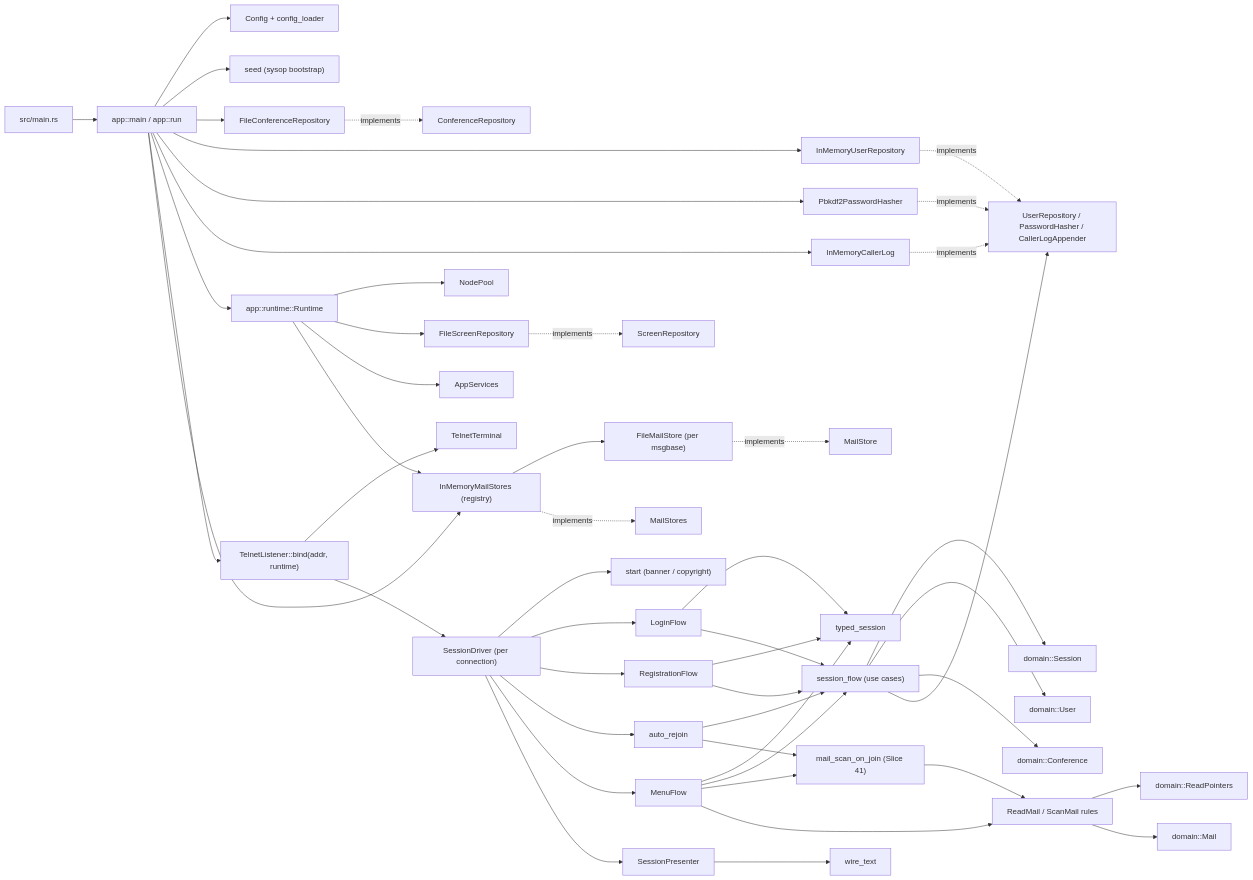
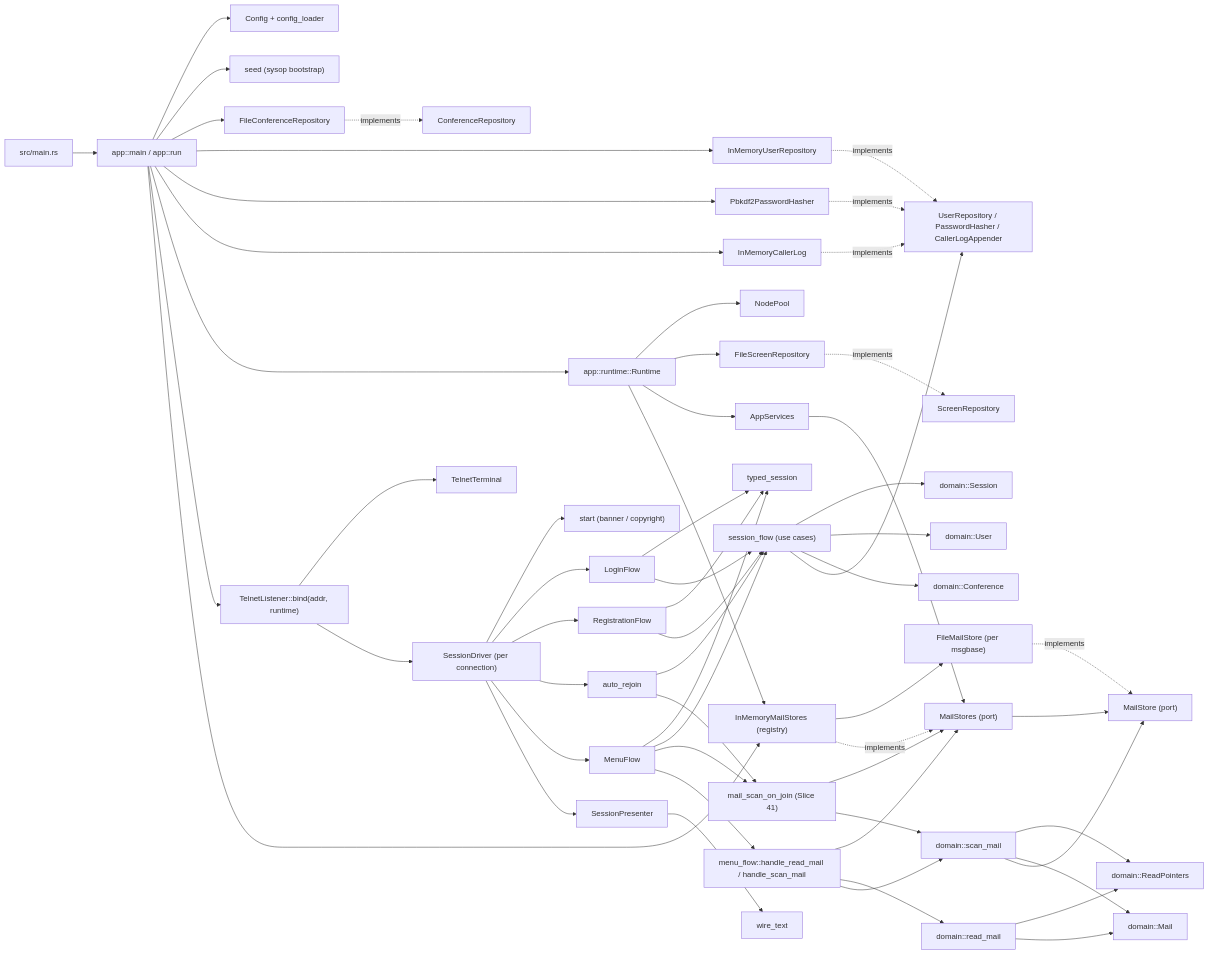
The diagram in SYSTEM.md (pingles/nextexpress), drawn with Mermaid before and after one commit. The commit also changed other lines of this file, not shown here.

First line of the commit message:
SYSTEM.md: show MailStores port in the read/scan flow

````diff
--- a/SYSTEM.md
+++ b/SYSTEM.md
@@ -27,61 +27,70 @@
 ```mermaid
 flowchart LR
     Main["src/main.rs"] --> AppRun["app::main / app::run"]
 
     AppRun --> Config["Config + config_loader"]
     AppRun --> Seed["seed (sysop bootstrap)"]
     AppRun --> ConfRepo["FileConferenceRepository"]
     AppRun --> UserRepo["InMemoryUserRepository"]
     AppRun --> Hasher["Pbkdf2PasswordHasher"]
     AppRun --> CallerLog["InMemoryCallerLog"]
     AppRun --> Runtime["app::runtime::Runtime"]
 
     Runtime --> NodePool["NodePool"]
     Runtime --> Screens["FileScreenRepository"]
     Runtime --> Services["AppServices"]
 
     AppRun --> Telnet["TelnetListener::bind(addr, runtime)"]
     Telnet --> Terminal["TelnetTerminal"]
     Telnet --> Driver["SessionDriver (per connection)"]
 
     Driver --> Start["start (banner / copyright)"]
     Driver --> Login["LoginFlow"]
     Driver --> Registration["RegistrationFlow"]
     Driver --> AutoRejoin["auto_rejoin"]
     Driver --> Menu["MenuFlow"]
     Driver --> Presenter["SessionPresenter"]
 
     Login --> Typed["typed_session"]
     Registration --> Typed
     Menu --> Typed
     Login --> Flow["session_flow (use cases)"]
     Registration --> Flow
     Menu --> Flow
     AutoRejoin --> Flow
     Presenter --> WireText["wire_text"]
 
     AppRun --> MailRegistry["InMemoryMailStores (registry)"]
-    MailRegistry --> MailStore["FileMailStore (per msgbase)"]
+    MailRegistry --> FileMailStore["FileMailStore (per msgbase)"]
     Runtime --> MailRegistry
+    Services --> MailStoresPort["MailStores (port)"]
+    MailStoresPort --> MailPort["MailStore (port)"]
 
     AutoRejoin --> ScanOnJoin["mail_scan_on_join (Slice 41)"]
     Menu --> ScanOnJoin
-    Menu --> ReadFlow["ReadMail / ScanMail rules"]
-    ScanOnJoin --> ReadFlow
+    Menu --> ReadHandler["menu_flow::handle_read_mail / handle_scan_mail"]
+    ReadHandler --> MailStoresPort
+    ScanOnJoin --> MailStoresPort
+    ReadHandler --> ReadMailRule["domain::read_mail"]
+    ReadHandler --> ScanMailRule["domain::scan_mail"]
+    ScanOnJoin --> ScanMailRule
 
     Flow --> DomainSession["domain::Session"]
     Flow --> DomainUser["domain::User"]
     Flow --> DomainConference["domain::Conference"]
     Flow --> Ports["UserRepository / PasswordHasher / CallerLogAppender"]
-    ReadFlow --> Pointers["domain::ReadPointers"]
-    ReadFlow --> Mail["domain::Mail"]
+    ReadMailRule --> Pointers["domain::ReadPointers"]
+    ReadMailRule --> Mail["domain::Mail"]
+    ScanMailRule --> Pointers
+    ScanMailRule --> Mail
+    ScanMailRule --> MailPort
 
     ConfRepo -.implements.-> ConfPort["ConferenceRepository"]
     UserRepo -.implements.-> Ports
     Hasher -.implements.-> Ports
     CallerLog -.implements.-> Ports
     Screens -.implements.-> ScreenPort["ScreenRepository"]
 
-    MailRegistry -.implements.-> MailStoresPort["MailStores"]
-    MailStore -.implements.-> MailPort["MailStore"]
+    MailRegistry -.implements.-> MailStoresPort
+    FileMailStore -.implements.-> MailPort
 ```
````
